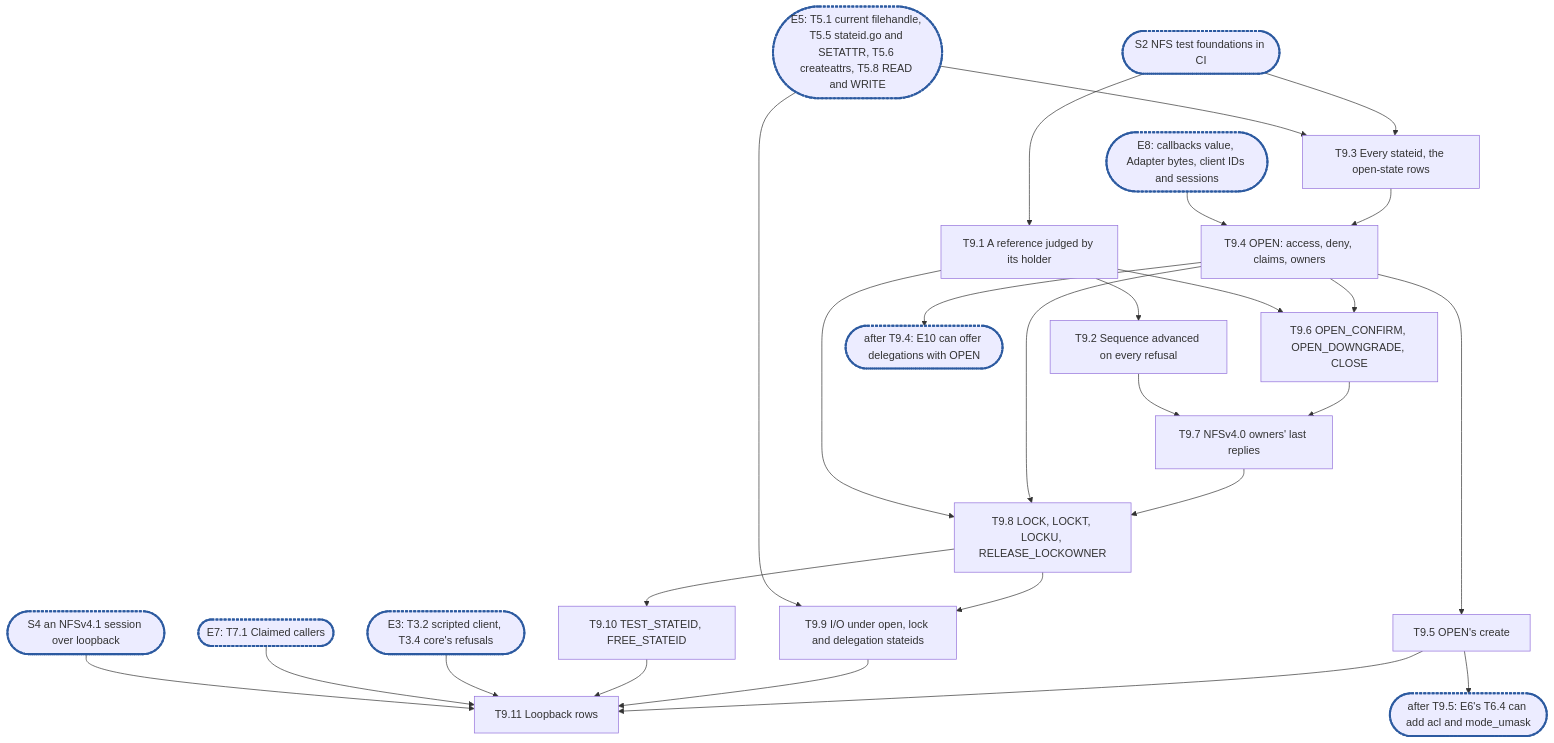
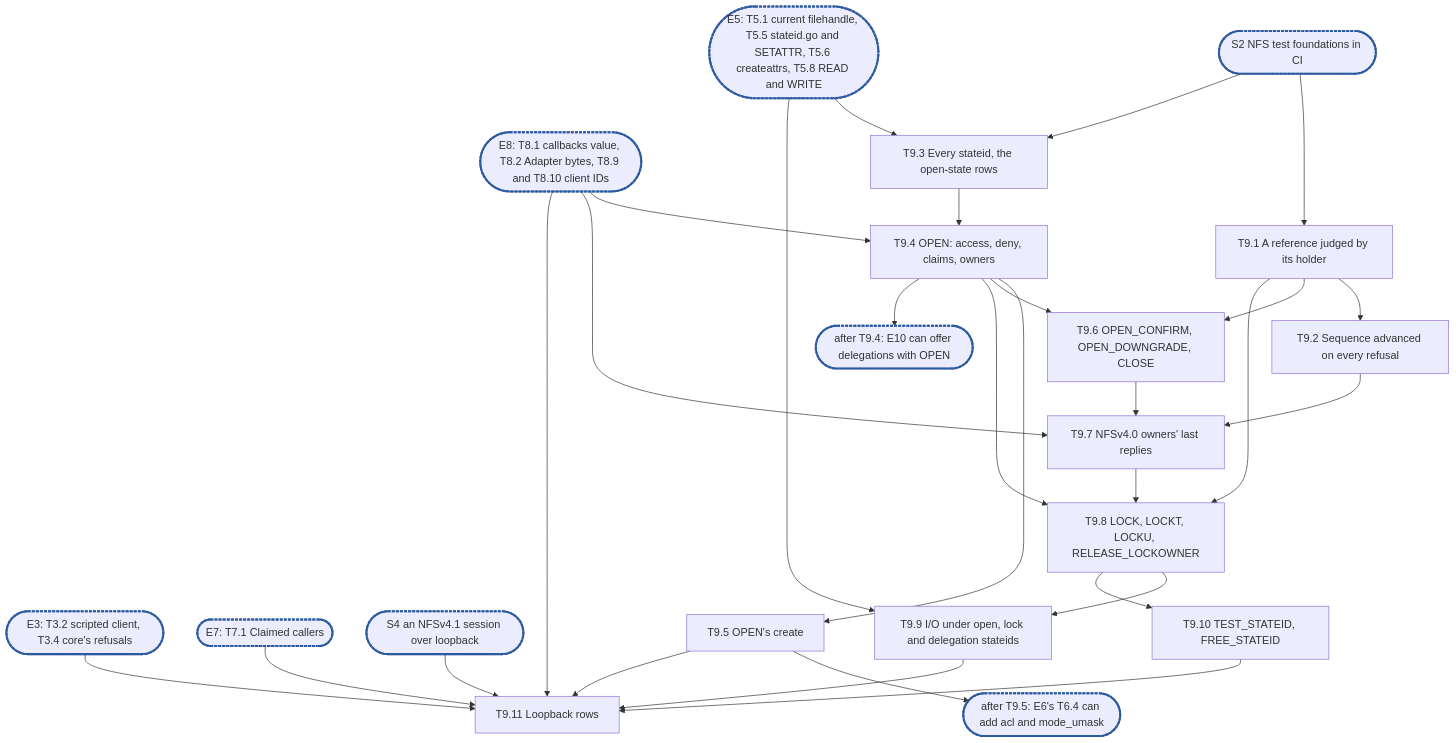
The diagram in .planning/rfc-21-nfs-epic9.md (cubbit/dittofs), drawn with Mermaid before and after one commit. The commit also changed other lines of this file, not shown here.

````diff
--- a/.planning/rfc-21-nfs-epic9.md
+++ b/.planning/rfc-21-nfs-epic9.md
@@ -746,25 +755,26 @@
 ```mermaid
 flowchart TD
   S2(["S2 NFS test foundations in CI"]):::sync
   E5(["E5: T5.1 current filehandle, T5.5 stateid.go and SETATTR, T5.6 createattrs, T5.8 READ and WRITE"]):::sync
-  E8(["E8: callbacks value, Adapter bytes, client IDs and sessions"]):::sync
+  E8(["E8: T8.1 callbacks value, T8.2 Adapter bytes, T8.9 and T8.10 client IDs"]):::sync
   E3(["E3: T3.2 scripted client, T3.4 core's refusals"]):::sync
   E7(["E7: T7.1 Claimed callers"]):::sync
   S4(["S4 an NFSv4.1 session over loopback"]):::sync
   S2 --> T9_1["T9.1 A reference judged by its holder"]
   T9_1 --> T9_2["T9.2 Sequence advanced on every refusal"]
   S2 & E5 --> T9_3["T9.3 Every stateid, the open-state rows"]
   T9_3 --> T9_4["T9.4 OPEN: access, deny, claims, owners"]
   E8 --> T9_4
+  E8 --> T9_7
   T9_4 --> T9_5["T9.5 OPEN's create"]
   T9_4 & T9_1 --> T9_6["T9.6 OPEN_CONFIRM, OPEN_DOWNGRADE, CLOSE"]
   T9_6 & T9_2 --> T9_7["T9.7 NFSv4.0 owners' last replies"]
   T9_7 & T9_4 & T9_1 --> T9_8["T9.8 LOCK, LOCKT, LOCKU, RELEASE_LOCKOWNER"]
   T9_8 & E5 --> T9_9["T9.9 I/O under open, lock and delegation stateids"]
   T9_8 --> T9_10["T9.10 TEST_STATEID, FREE_STATEID"]
   T9_4 --> C1(["after T9.4: E10 can offer delegations with OPEN"]):::sync
   T9_5 --> C2(["after T9.5: E6's T6.4 can add acl and mode_umask"]):::sync
   T9_5 & T9_9 & T9_10 --> T9_11["T9.11 Loopback rows"]
-  E3 & E7 & S4 --> T9_11
+  E3 & E7 & E8 & S4 --> T9_11
   classDef sync stroke:#2c5aa0,stroke-width:3px,stroke-dasharray:4 2
 ```
````
